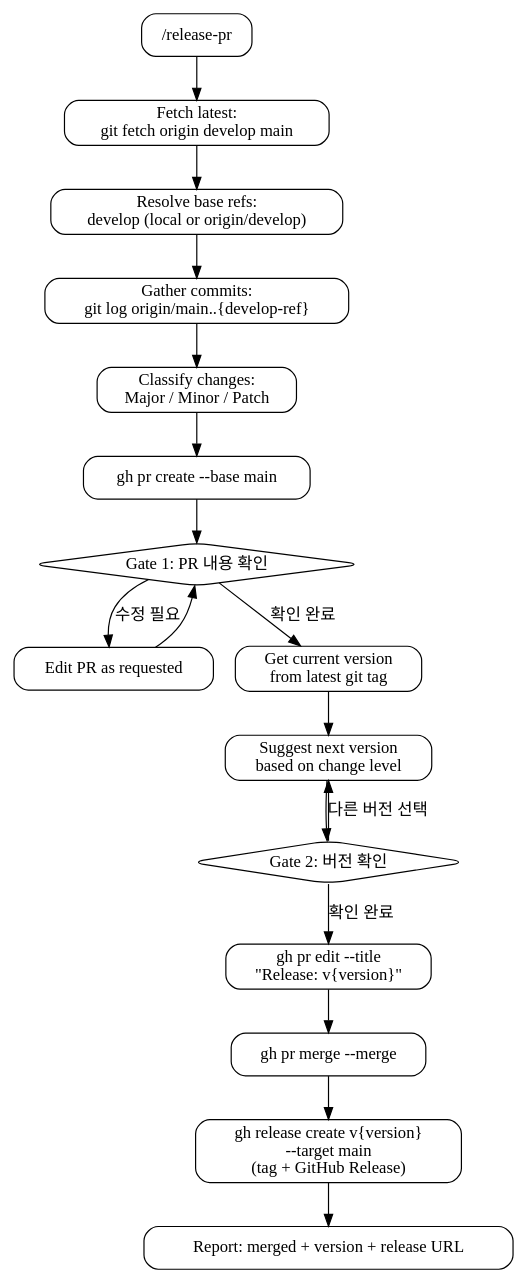
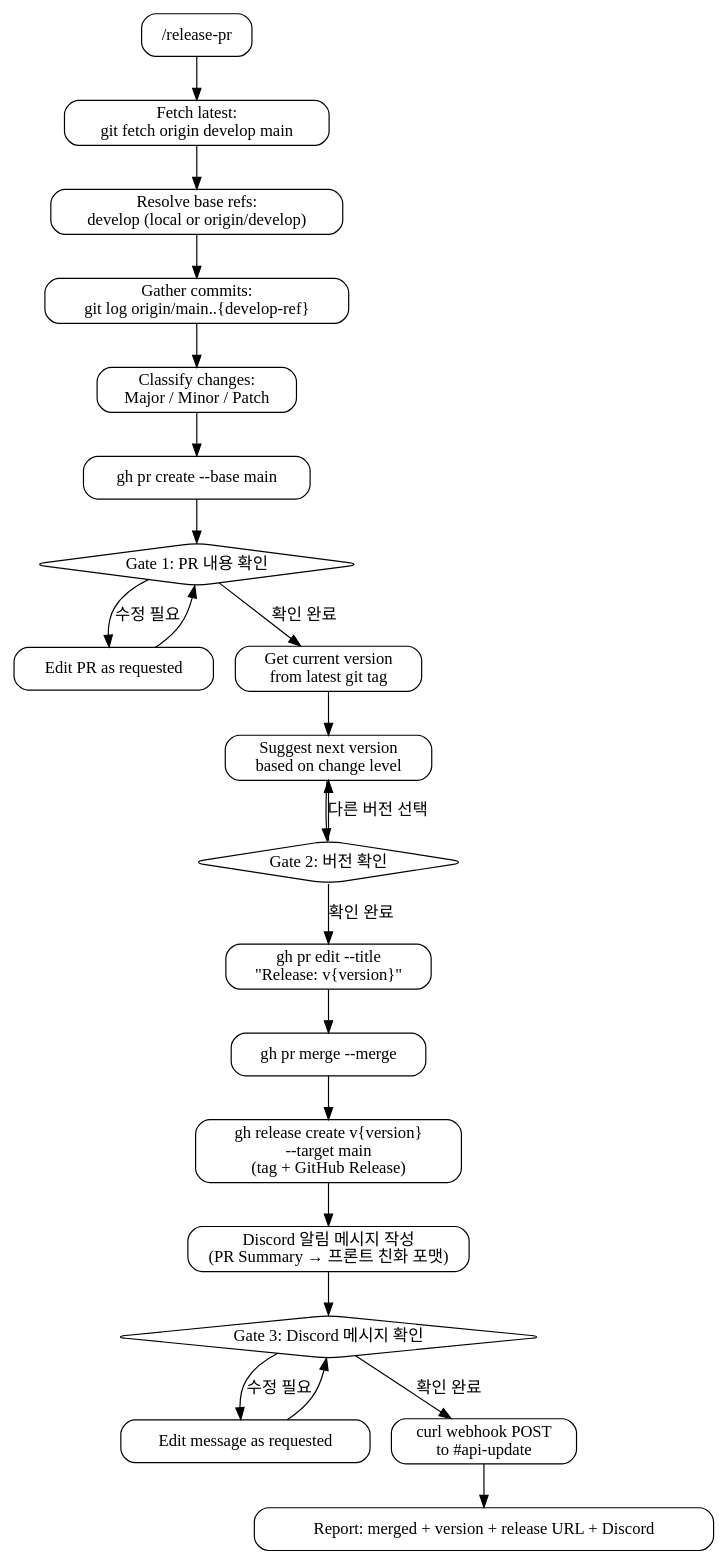
One commit to DH-Crew/On-Dot_BE changed the diagram in .claude/skills/release-pr/SKILL.md. Above: the diagram before and after it, drawn with Graphviz. The commit also changed other lines of this file and 2 other files, not shown here.

First line of the commit message:
feat: release-pr 스킬에 Discord 알림 단계 추가 및 feature-pr 스킬 트리거 개선

````diff
--- a/.claude/skills/release-pr/SKILL.md
+++ b/.claude/skills/release-pr/SKILL.md
@@ -12,31 +14,39 @@
 ```dot
 digraph release_pr {
   rankdir=TB
   node [shape=box style=rounded]
 
   entry [label="/release-pr"]
   v1 [label="Fetch latest:\ngit fetch origin develop main"]
   v2 [label="Resolve base refs:\ndevelop (local or origin/develop)"]
   v3 [label="Gather commits:\ngit log origin/main..{develop-ref}"]
   v4 [label="Classify changes:\nMajor / Minor / Patch"]
   v5 [label="gh pr create --base main"]
   gate1 [label="Gate 1: PR 내용 확인" shape=diamond]
   edit [label="Edit PR as requested"]
   v6 [label="Get current version\nfrom latest git tag"]
   v7 [label="Suggest next version\nbased on change level"]
   gate2 [label="Gate 2: 버전 확인" shape=diamond]
   v8 [label="gh pr edit --title\n\"Release: v{version}\""]
   v9 [label="gh pr merge --merge"]
   v10 [label="gh release create v{version}\n--target main\n(tag + GitHub Release)"]
-  done [label="Report: merged + version + release URL"]
+  v11 [label="Discord 알림 메시지 작성\n(PR Summary → 프론트 친화 포맷)"]
+  gate3 [label="Gate 3: Discord 메시지 확인" shape=diamond]
+  edit3 [label="Edit message as requested"]
+  v12 [label="curl webhook POST\nto #api-update"]
+  done [label="Report: merged + version + release URL + Discord"]
 
   entry -> v1 -> v2 -> v3 -> v4 -> v5 -> gate1
   gate1 -> edit [label="수정 필요"]
   edit -> gate1
   gate1 -> v6 [label="확인 완료"]
   v6 -> v7 -> gate2
   gate2 -> v7 [label="다른 버전 선택"]
   gate2 -> v8 [label="확인 완료"]
-  v8 -> v9 -> v10 -> done
+  v8 -> v9 -> v10 -> v11 -> gate3
+  gate3 -> edit3 [label="수정 필요"]
+  edit3 -> gate3
+  gate3 -> v12 [label="확인 완료"]
+  v12 -> done
 }
 ```
````
